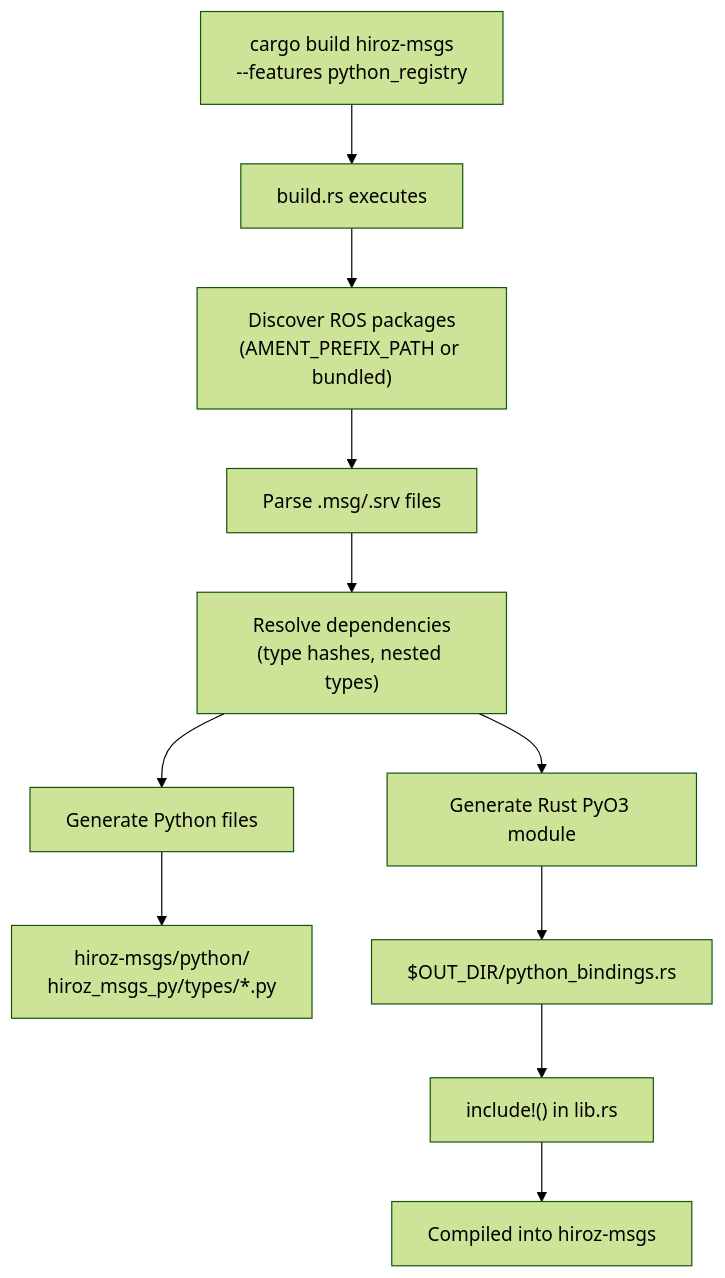
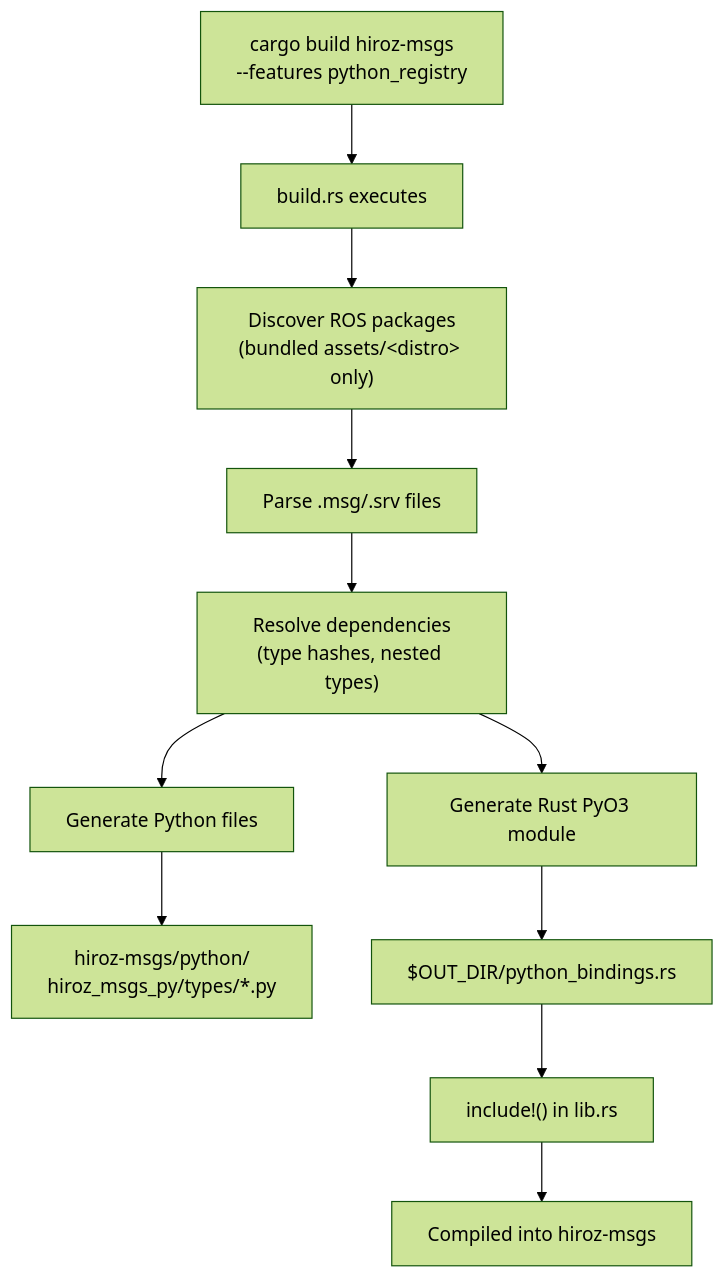
Before and after one commit to ZettaScaleLabs/hiroz: the fourth of 4 diagrams in docs/bindings/python-codegen.md, drawn with Mermaid (forest theme). The commit also changed 3 other files, not shown here.

````diff
--- a/docs/bindings/python-codegen.md
+++ b/docs/bindings/python-codegen.md
@@ -291,15 +291,15 @@
 ```mermaid
 flowchart TD
 accTitle: Python bindings build process from cargo build to compiled output
 accDescr: Running cargo build triggers build.rs which discovers ROS packages, parses msg files, resolves dependencies, then generates both Python type files and a Rust PyO3 module compiled into hiroz-msgs.
     A["cargo build hiroz-msgs<br/>--features python_registry"] --> B["build.rs executes"]
-    B --> C["Discover ROS packages<br/>(AMENT_PREFIX_PATH or bundled)"]
+    B --> C["Discover ROS packages<br/>(bundled assets/&lt;distro&gt; only)"]
     C --> D["Parse .msg/.srv files"]
     D --> E["Resolve dependencies<br/>(type hashes, nested types)"]
     E --> F["Generate Python files"]
     E --> G["Generate Rust PyO3 module"]
     F --> H["hiroz-msgs/python/<br/>hiroz_msgs_py/types/*.py"]
     G --> I["$OUT_DIR/python_bindings.rs"]
     I --> J["include!() in lib.rs"]
     J --> K["Compiled into hiroz-msgs"]
 ```
````
